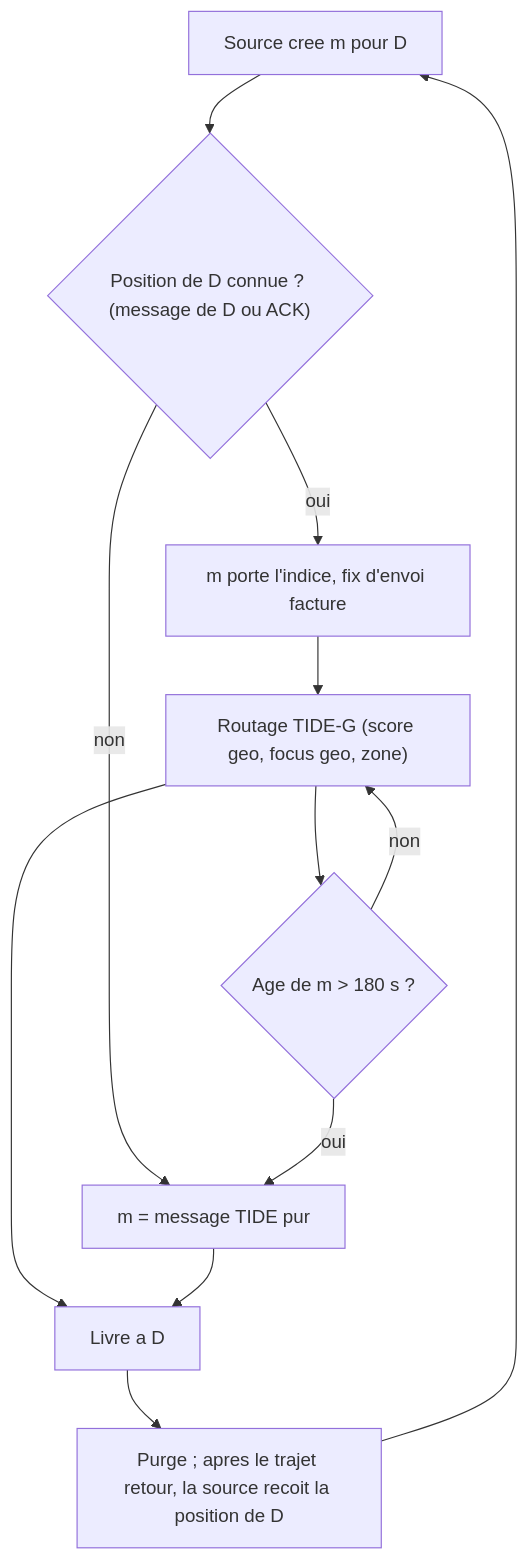
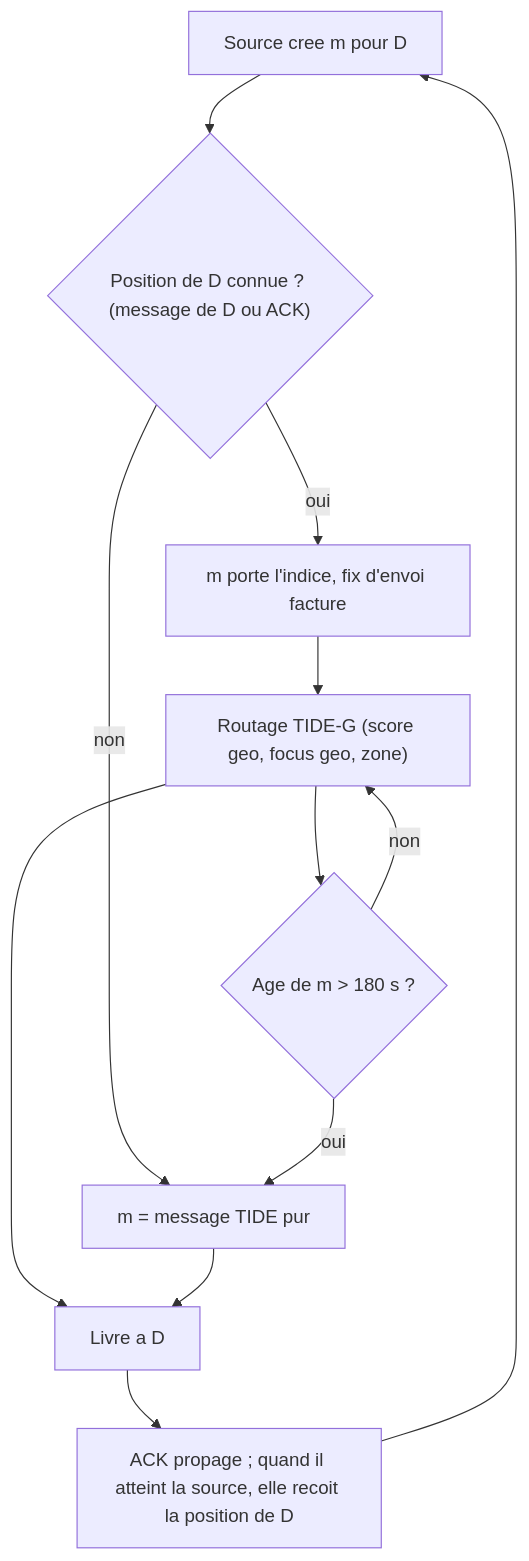
Before and after one commit to NICE-CINE/simuation-test: the diagram in docs/algorithmes/tide_g2.md, drawn with Mermaid. The commit also changed other lines of this file and 44 other files, not shown here.

````diff
--- a/docs/algorithmes/tide_g2.md
+++ b/docs/algorithmes/tide_g2.md
@@ -34,14 +34,14 @@
 ```mermaid
 flowchart TD
     C["Source cree m pour D"] --> K{"Position de D connue ? (message de D ou ACK)"}
     K -- non --> T["m = message TIDE pur"]
     K -- oui --> H["m porte l'indice, fix d'envoi facture"]
     H --> G["Routage TIDE-G (score geo, focus geo, zone)"]
     G --> A{"Age de m > 180 s ?"}
     A -- oui --> T
     A -- non --> G
     G --> L["Livre a D"]
     T --> L
-    L --> P["Purge ; apres le trajet retour, la source recoit la position de D"]
+    L --> P["ACK propage ; quand il atteint la source, elle recoit la position de D"]
     P --> C
 ```
````
